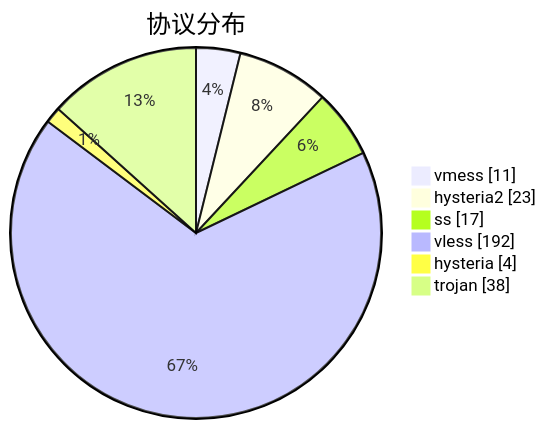
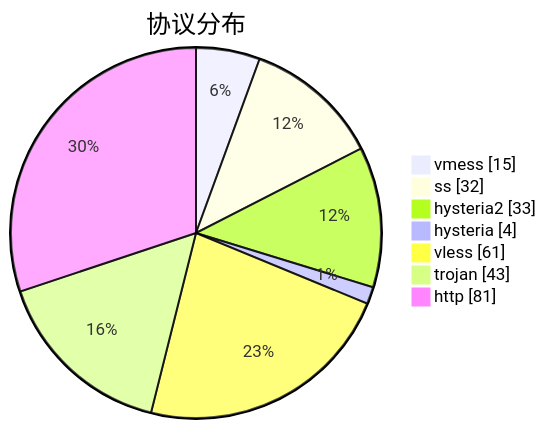
Before and after one commit to sinspired/airport: the third of 3 diagrams in subs/statistics/tested_within.md, drawn with Mermaid. The commit also changed other lines of this file and 2 other files, not shown here.

````diff
--- a/subs/statistics/tested_within.md
+++ b/subs/statistics/tested_within.md
@@ -40,10 +81,11 @@
 ```mermaid
 pie showData
 title 协议分布
-"vmess" : 11
-"hysteria2" : 23
-"ss" : 17
-"vless" : 192
+"vmess" : 15
+"ss" : 32
+"hysteria2" : 33
 "hysteria" : 4
-"trojan" : 38
+"vless" : 61
+"trojan" : 43
+"http" : 81
 ```
````
